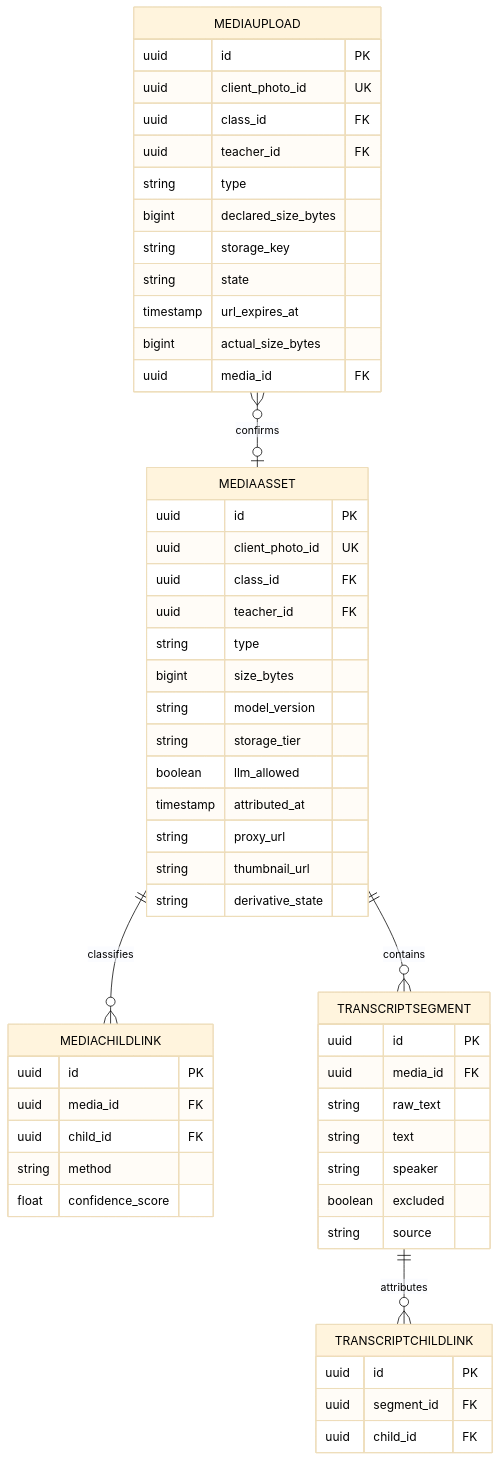
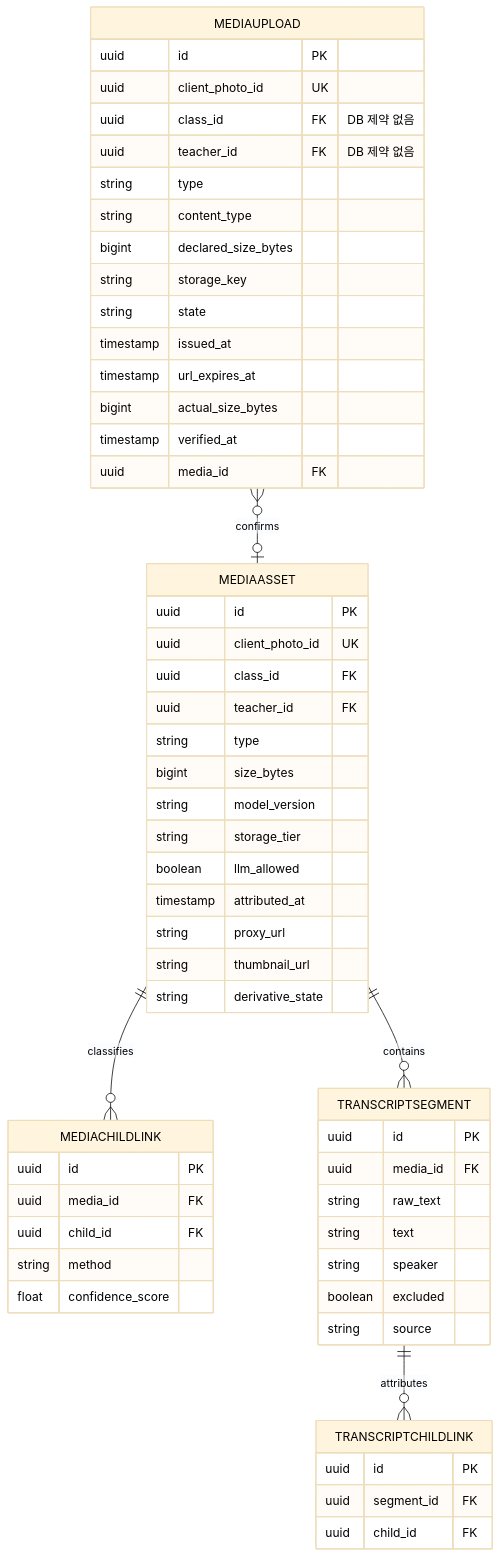
Before and after one commit to kakaotechcampus-4/ktc4-chungnam-4: the third of 8 diagrams in docs/테크스펙.md, drawn with Mermaid.

Commit message:
docs: complete MediaUpload fields in media ERD
ERD가 표·모델과 달라 content_type·issued_at·verified_at이 없는 것처럼 보였습니다.
class_id·teacher_id는 FK로 표시돼 있지만 실제 DB 제약이 없어(모델 TODO) #152와 같은
형식으로 표시합니다. #157 리뷰 반영.

````diff
--- a/docs/테크스펙.md
+++ b/docs/테크스펙.md
@@ -529,57 +529,60 @@
 ```mermaid
 %%{init: {'theme':'base', 'themeVariables': {'primaryTextColor':'#000000','textColor':'#000000','lineColor':'#000000'}}}%%
 erDiagram
   MEDIAASSET {
     uuid id PK
     uuid client_photo_id UK
     uuid class_id FK
     uuid teacher_id FK
     string type
     bigint size_bytes
     string model_version
     string storage_tier
     boolean llm_allowed
     timestamp attributed_at
     string proxy_url
     string thumbnail_url
     string derivative_state
   }
   MEDIAUPLOAD {
     uuid id PK
     uuid client_photo_id UK
-    uuid class_id FK
-    uuid teacher_id FK
+    uuid class_id FK "DB 제약 없음"
+    uuid teacher_id FK "DB 제약 없음"
     string type
+    string content_type
     bigint declared_size_bytes
     string storage_key
     string state
+    timestamp issued_at
     timestamp url_expires_at
     bigint actual_size_bytes
+    timestamp verified_at
     uuid media_id FK
   }
   MEDIACHILDLINK {
     uuid id PK
     uuid media_id FK
     uuid child_id FK
     string method
     float confidence_score
   }
   TRANSCRIPTSEGMENT {
     uuid id PK
     uuid media_id FK
     string raw_text
     string text
     string speaker
     boolean excluded
     string source
   }
   TRANSCRIPTCHILDLINK {
     uuid id PK
     uuid segment_id FK
     uuid child_id FK
   }
   MEDIAUPLOAD }o--o| MEDIAASSET : confirms
   MEDIAASSET ||--o{ MEDIACHILDLINK : classifies
   MEDIAASSET ||--o{ TRANSCRIPTSEGMENT : contains
   TRANSCRIPTSEGMENT ||--o{ TRANSCRIPTCHILDLINK : attributes
 ```
````
